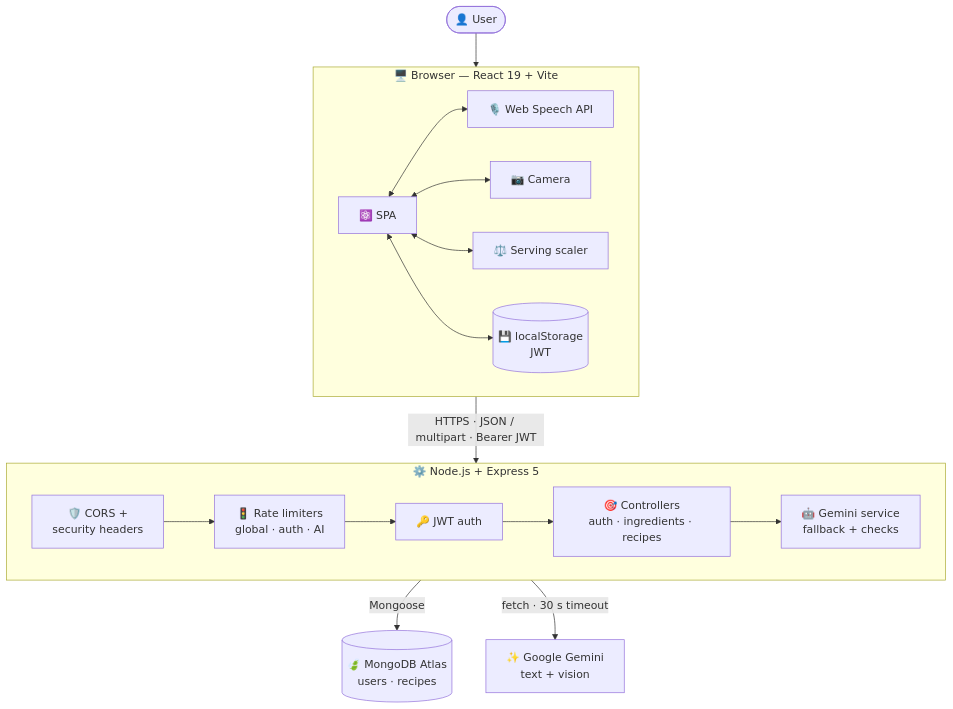
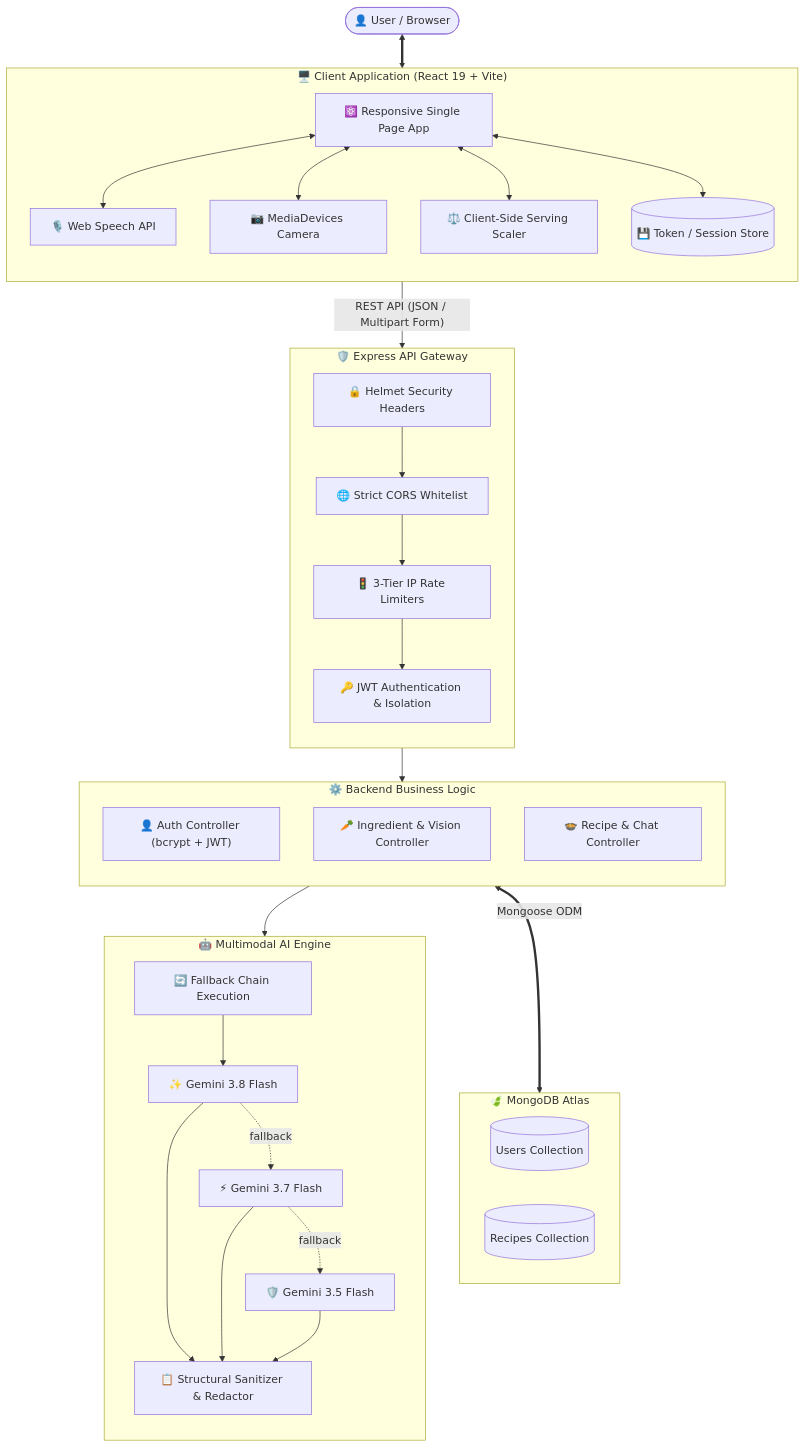
Before and after one commit to harsh-raj00/ChefMind-AI: the diagram in README.md, drawn with Mermaid. The commit also changed other lines of this file and 1 other file, not shown here.

````diff
--- a/README.md
+++ b/README.md
@@ -68,26 +80,52 @@
 ```mermaid
 flowchart TB
-    U([👤 User]) --> UI
+    User([👤 User / Browser])
 
-    subgraph Client ["🖥️ Browser — React 19 + Vite"]
-        direction LR
-        UI["⚛️ SPA"]
-        SP["🎙️ Web Speech API"]
-        CAM["📷 Camera"]
-        SC["⚖️ Serving scaler"]
-        LS[("💾 localStorage<br/>JWT")]
-        UI <--> SP & CAM & SC & LS
+    subgraph Client ["🖥️ Client Application (React 19 + Vite)"]
+        direction TB
+        UI["⚛️ Responsive Single Page App"]
+        Speech["🎙️ Web Speech API"]
+        Camera["📷 MediaDevices Camera"]
+        Scaler["⚖️ Client-Side Serving Scaler"]
+        Storage[("💾 Token / Session Store")]
+        UI <--> Speech & Camera & Scaler & Storage
     end
 
-    UI -- "HTTPS · JSON / multipart · Bearer JWT" --> SEC
-
-    subgraph API ["⚙️ Node.js + Express 5"]
-        direction LR
-        SEC["🛡️ CORS +<br/>security headers"] --> RL["🚦 Rate limiters<br/>global · auth · AI"]
-        RL --> AU["🔑 JWT auth"] --> CT["🎯 Controllers<br/>auth · ingredients · recipes"]
-        CT --> GS["🤖 Gemini service<br/>fallback + checks"]
+    subgraph Gateway ["🛡️ Express API Gateway"]
+        direction TB
+        SecHeaders["🔒 Helmet Security Headers"]
+        Cors["🌐 Strict CORS Whitelist"]
+        Limiter["🚦 3-Tier IP Rate Limiters"]
+        AuthMiddleware["🔑 JWT Authentication & Isolation"]
+        SecHeaders --> Cors --> Limiter --> AuthMiddleware
     end
 
-    CT -- "Mongoose" --> DB[("🍃 MongoDB Atlas<br/>users · recipes")]
-    GS -- "fetch · 30 s timeout" --> GM["✨ Google Gemini<br/>text + vision"]
+    subgraph Controllers ["⚙️ Backend Business Logic"]
+        direction TB
+        AuthCtrl["👤 Auth Controller (bcrypt + JWT)"]
+        IngCtrl["🥕 Ingredient & Vision Controller"]
+        RecCtrl["🍲 Recipe & Chat Controller"]
+    end
+
+    subgraph AI_Engine ["🤖 Multimodal AI Engine"]
+        direction TB
+        Chain["🔄 Fallback Chain Execution"]
+        M1["✨ Gemini 3.8 Flash"]
+        M2["⚡ Gemini 3.7 Flash"]
+        M3["🛡️ Gemini 3.5 Flash"]
+        Validator["📋 Structural Sanitizer & Redactor"]
+        Chain --> M1 -. fallback .-> M2 -. fallback .-> M3
+        M1 & M2 & M3 --> Validator
+    end
+
+    subgraph Database ["🍃 MongoDB Atlas"]
+        UsersCol[("Users Collection")]
+        RecipesCol[("Recipes Collection")]
+    end
+
+    User <==> UI
+    UI -- "REST API (JSON / Multipart Form)" --> Gateway
+    Gateway --> Controllers
+    Controllers --> AI_Engine
+    Controllers <== "Mongoose ODM" ==> Database
 ```
````
